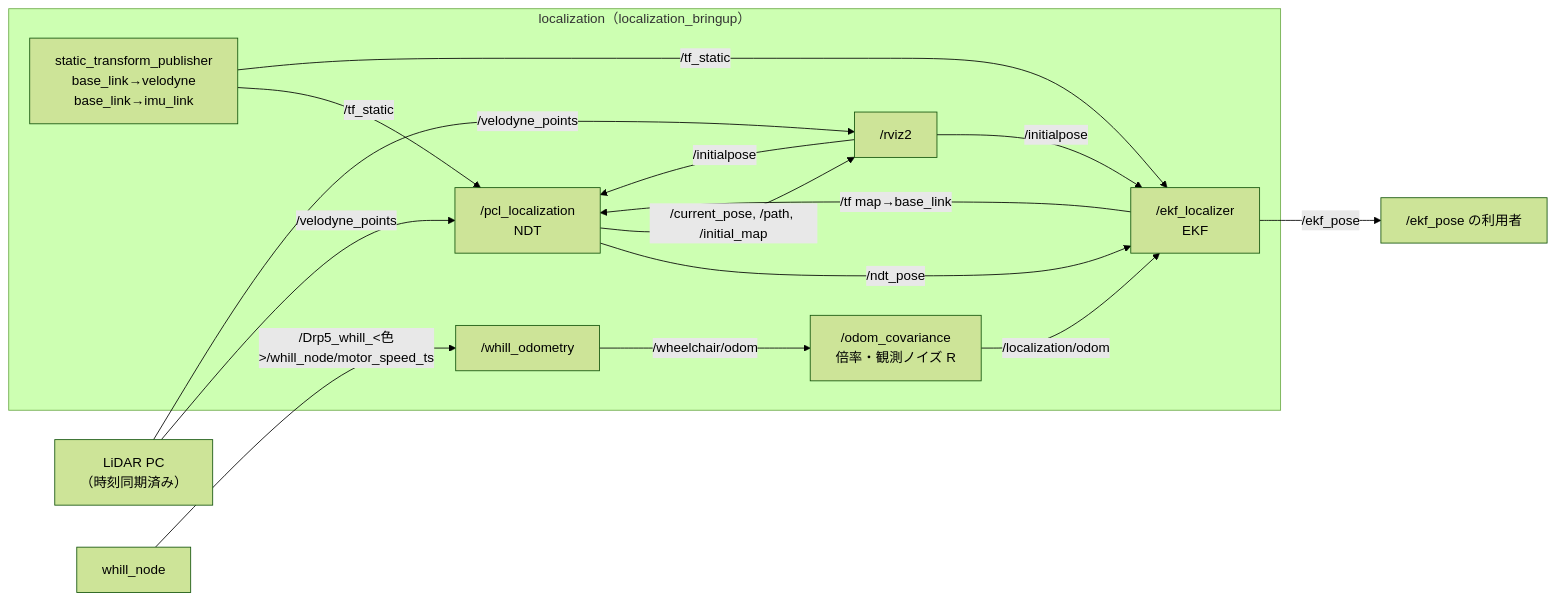
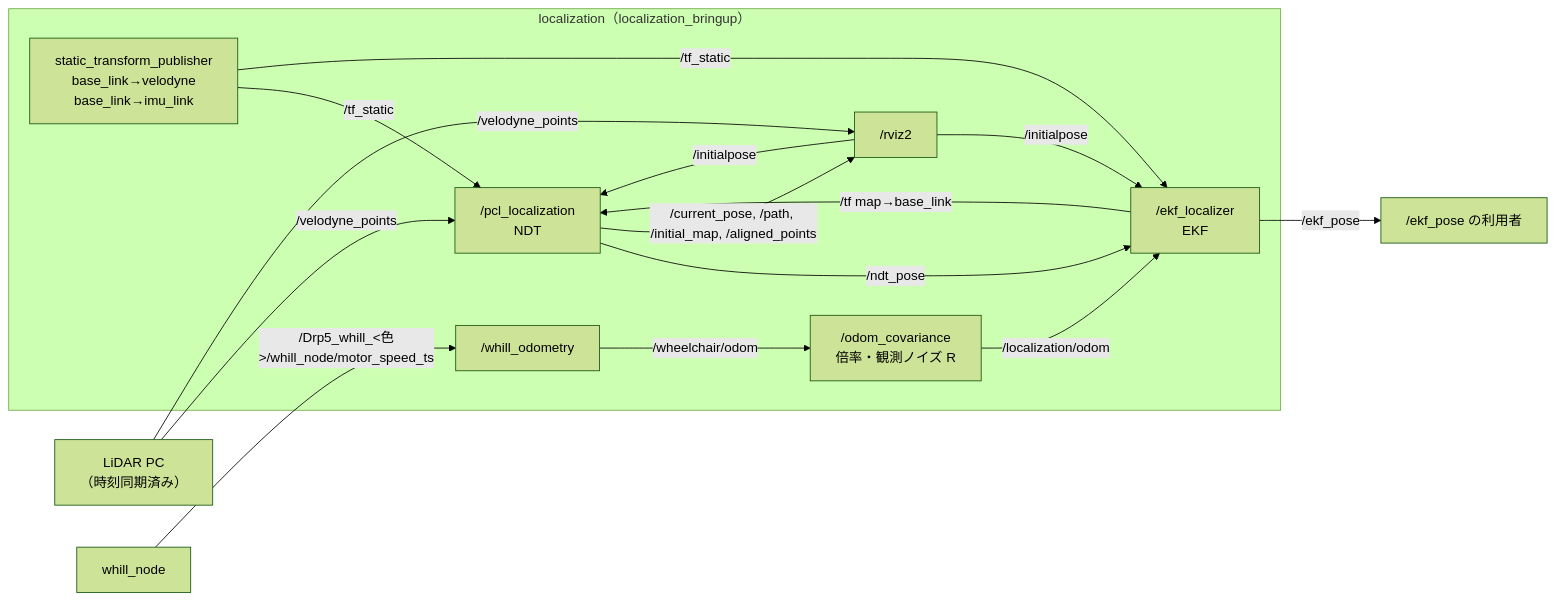
Before and after one commit to MaeharaTakumi/localization_bringup: the second of 3 diagrams in docs/node_graph.md, drawn with Mermaid (forest theme). The commit also changed other lines of this file, not shown here.

Commit message:
ノードの図・トピックの表に /aligned_points を足す

````diff
--- a/docs/node_graph.md
+++ b/docs/node_graph.md
@@ -53,31 +53,31 @@
 ```mermaid
 flowchart LR
   lidar["LiDAR PC<br/>（時刻同期済み）"]
   whill["whill_node"]
   subgraph LOC["localization（localization_bringup）"]
     wodom["/whill_odometry"]
     stf["static_transform_publisher<br/>base_link→velodyne<br/>base_link→imu_link"]
     ndt["/pcl_localization<br/>NDT"]
     ocov["/odom_covariance<br/>倍率・観測ノイズ R"]
     ekf["/ekf_localizer<br/>EKF"]
     rviz["/rviz2"]
   end
 
   user["/ekf_pose の利用者"]
 
   lidar -->|"/velodyne_points"| ndt
   whill -->|"/Drp5_whill_&lt;色&gt;/whill_node/motor_speed_ts"| wodom
   wodom -->|"/wheelchair/odom"| ocov
   ocov -->|"/localization/odom"| ekf
   stf -->|"/tf_static"| ndt
   stf -->|"/tf_static"| ekf
 
   ndt -->|"/ndt_pose"| ekf
   ekf -->|"/tf map→base_link"| ndt
   ekf -->|"/ekf_pose"| user
 
   lidar -->|"/velodyne_points"| rviz
-  ndt -->|"/current_pose, /path, /initial_map"| rviz
+  ndt -->|"/current_pose, /path, /initial_map, /aligned_points"| rviz
   rviz -->|"/initialpose"| ndt
   rviz -->|"/initialpose"| ekf
 ```
````
